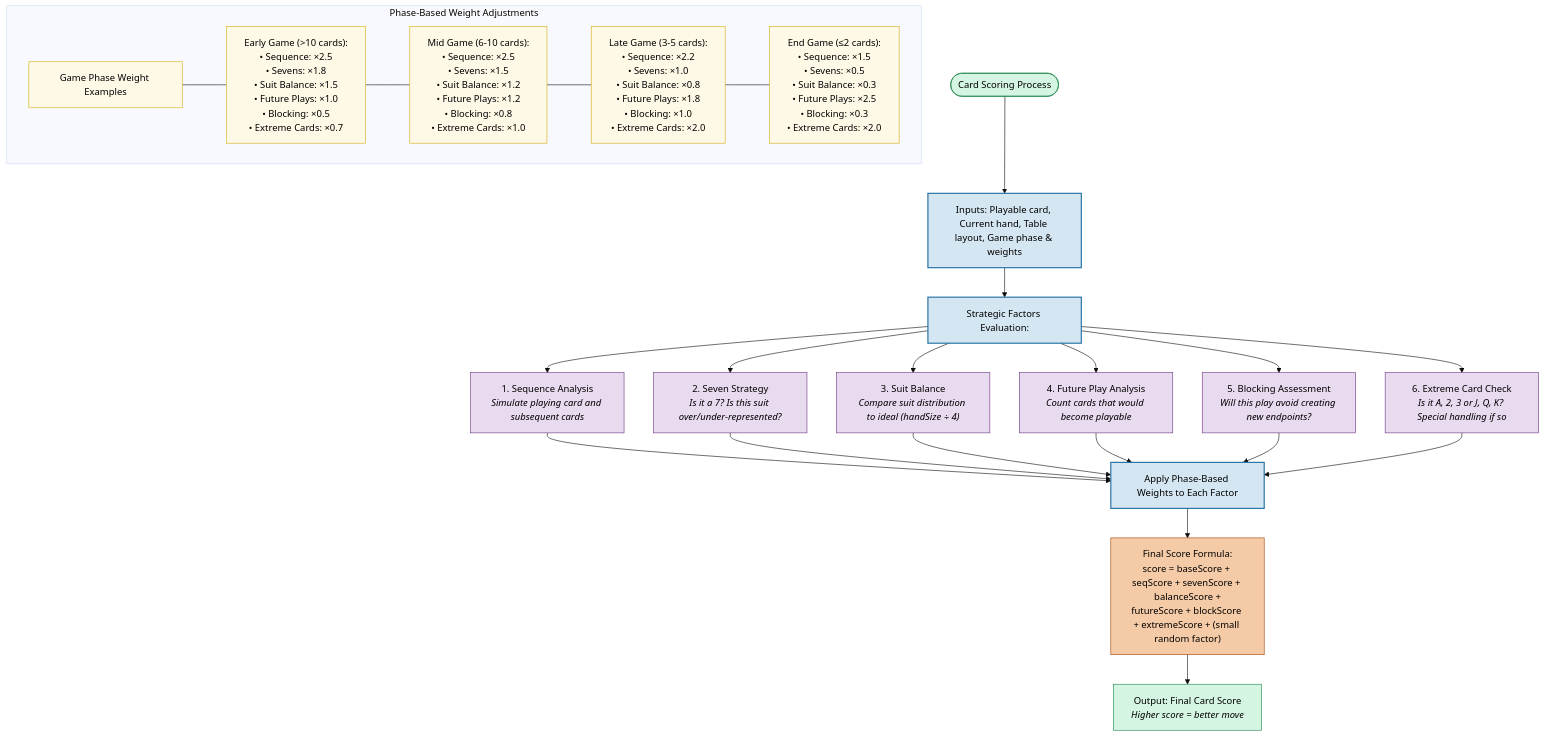
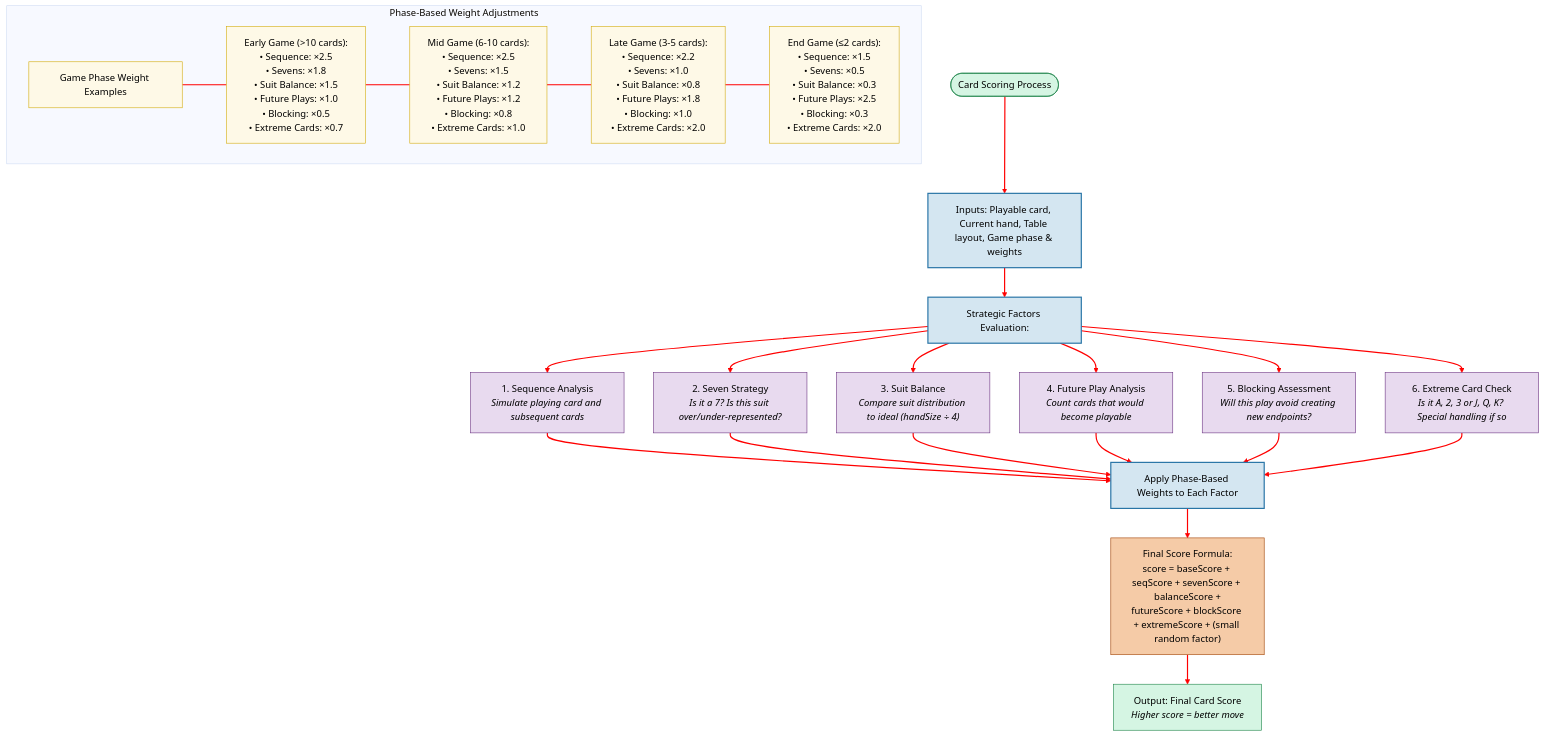
One commit to Yasserbhb/Sevens-Game changed the third of 3 diagrams in README.md. Above: the diagram before and after it, drawn with Mermaid. The commit also changed other lines of this file, not shown here.

Commit message:
updated readme charts

````diff
--- a/README.md
+++ b/README.md
@@ -117,41 +121,43 @@
 ```mermaid
-%%{init: {'theme': 'base', 'themeVariables': { 'fontFamily': 'arial', 'primaryTextColor': '#000000' }}}%%
+%%{init: {'theme': 'base', 'themeVariables': { 'fontFamily': 'arial', 'primaryTextColor': '#000000', 'lineColor': '#FF0000' }}}%%
 flowchart TD
     Start([Card Scoring Process]) --> Inputs["Inputs: Playable card, Current hand, Table layout, Game phase & weights"]
     
     Inputs --> Factors["Strategic Factors Evaluation:"]
     Factors --> Sequence["1. Sequence Analysis<br><i>Simulate playing card and subsequent cards</i>"]
     Factors --> Seven["2. Seven Strategy<br><i>Is it a 7? Is this suit over/under-represented?</i>"]
     Factors --> Balance["3. Suit Balance<br><i>Compare suit distribution to ideal (handSize ÷ 4)</i>"]
     Factors --> Future["4. Future Play Analysis<br><i>Count cards that would become playable</i>"]
     Factors --> Block["5. Blocking Assessment<br><i>Will this play avoid creating new endpoints?</i>"]
     Factors --> Extreme["6. Extreme Card Check<br><i>Is it A, 2, 3 or J, Q, K? Special handling if so</i>"]
     
     Sequence & Seven & Balance & Future & Block & Extreme --> WeightApply["Apply Phase-Based Weights to Each Factor"]
     
     WeightApply --> Formula["Final Score Formula:<br>score = baseScore + seqScore + sevenScore + balanceScore +<br>futureScore + blockScore + extremeScore + (small random factor)"]
     
     Formula --> Result["Output: Final Card Score<br><i>Higher score = better move</i>"]
     
     subgraph "Phase-Based Weight Adjustments"
         direction LR
         PhaseTitle["Game Phase Weight Examples"] ---
         Early["Early Game (>10 cards):<br>• Sequence: ×2.5<br>• Sevens: ×1.8<br>• Suit Balance: ×1.5<br>• Future Plays: ×1.0<br>• Blocking: ×0.5<br>• Extreme Cards: ×0.7"] ---
         Mid["Mid Game (6-10 cards):<br>• Sequence: ×2.5<br>• Sevens: ×1.5<br>• Suit Balance: ×1.2<br>• Future Plays: ×1.2<br>• Blocking: ×0.8<br>• Extreme Cards: ×1.0"] ---
         Late["Late Game (3-5 cards):<br>• Sequence: ×2.2<br>• Sevens: ×1.0<br>• Suit Balance: ×0.8<br>• Future Plays: ×1.8<br>• Blocking: ×1.0<br>• Extreme Cards: ×2.0"] ---
         End["End Game (≤2 cards):<br>• Sequence: ×1.5<br>• Sevens: ×0.5<br>• Suit Balance: ×0.3<br>• Future Plays: ×2.5<br>• Blocking: ×0.3<br>• Extreme Cards: ×2.0"]
     end
     
     classDef default fill:#f9f9f9,stroke:#333,stroke-width:1px,color:#000;
     classDef mainproc fill:#d4e6f1,stroke:#2874a6,stroke-width:2px,color:#000;
     classDef factor fill:#e8daef,stroke:#6c3483,stroke-width:1px,color:#000;
     classDef formula fill:#f5cba7,stroke:#a04000,stroke-width:1px,color:#000;
     classDef terminal fill:#d5f5e3,stroke:#1e8449,stroke-width:1px,color:#000;
     classDef phase fill:#fef9e7,stroke:#d4ac0d,stroke-width:1px,color:#000;
     
+    linkStyle default stroke:#FF0000,stroke-width:2px;
+    
     class Start,Result terminal;
     class Inputs,Factors,WeightApply mainproc;
     class Sequence,Seven,Balance,Future,Block,Extreme factor;
     class Formula formula;
     class PhaseTitle,Early,Mid,Late,End phase;
 ```
````
